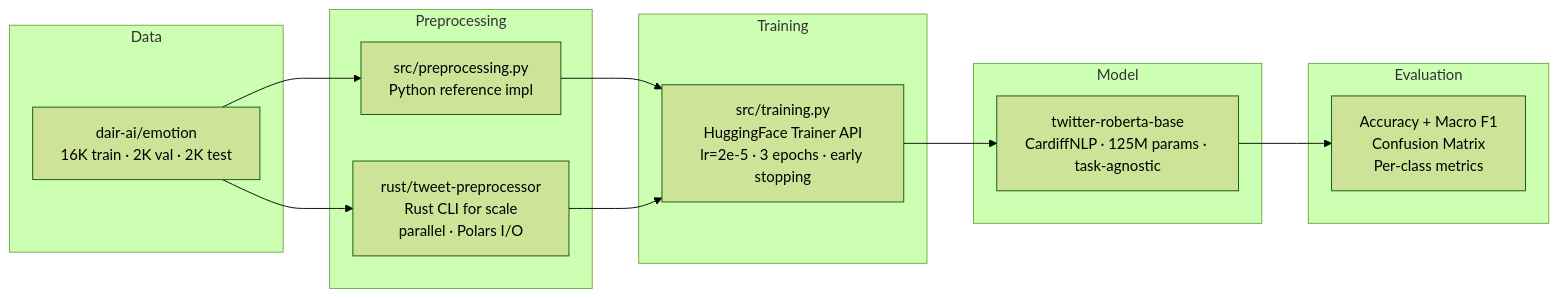
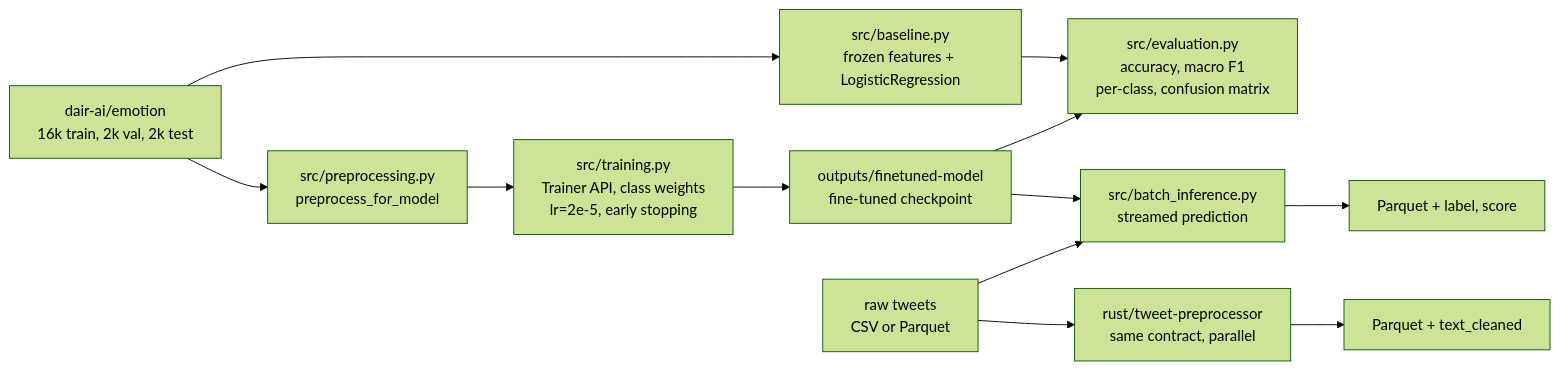
One commit to LukeSantossz/tweet-sentiment-analysis changed the diagram in README.md. Above: the diagram before and after it, drawn with Mermaid (forest theme). The commit also changed other lines of this file, not shown here.

````diff
--- a/README.md
+++ b/README.md
@@ -38,27 +41,14 @@
 ```mermaid
 flowchart LR
-    subgraph Data
-        A[dair-ai/emotion<br/>16K train · 2K val · 2K test]
-    end
-
-    subgraph Preprocessing
-        B1[src/preprocessing.py<br/>Python reference impl]
-        B2[rust/tweet-preprocessor<br/>Rust CLI for scale<br/>parallel · Polars I/O]
-    end
-
-    subgraph Training
-        C[src/training.py<br/>HuggingFace Trainer API<br/>lr=2e-5 · 3 epochs · early stopping]
-    end
-
-    subgraph Model
-        D[twitter-roberta-base<br/>CardiffNLP · 125M params · task-agnostic]
-    end
-
-    subgraph Evaluation
-        E[Accuracy + Macro F1<br/>Confusion Matrix<br/>Per-class metrics]
-    end
-
-    A --> B1 --> C
-    A --> B2 --> C
-    C --> D --> E
+    A[dair-ai/emotion<br/>16k train, 2k val, 2k test] --> B[src/preprocessing.py<br/>preprocess_for_model]
+    B --> C[src/training.py<br/>Trainer API, class weights<br/>lr=2e-5, early stopping]
+    C --> D[outputs/finetuned-model<br/>fine-tuned checkpoint]
+    D --> E[src/evaluation.py<br/>accuracy, macro F1<br/>per-class, confusion matrix]
+    A --> I[src/baseline.py<br/>frozen features + LogisticRegression]
+    I --> E
+    G[raw tweets<br/>CSV or Parquet] --> H[rust/tweet-preprocessor<br/>same contract, parallel]
+    H --> J[Parquet + text_cleaned]
+    G --> F[src/batch_inference.py<br/>streamed prediction]
+    D --> F
+    F --> K[Parquet + label, score]
 ```
````
